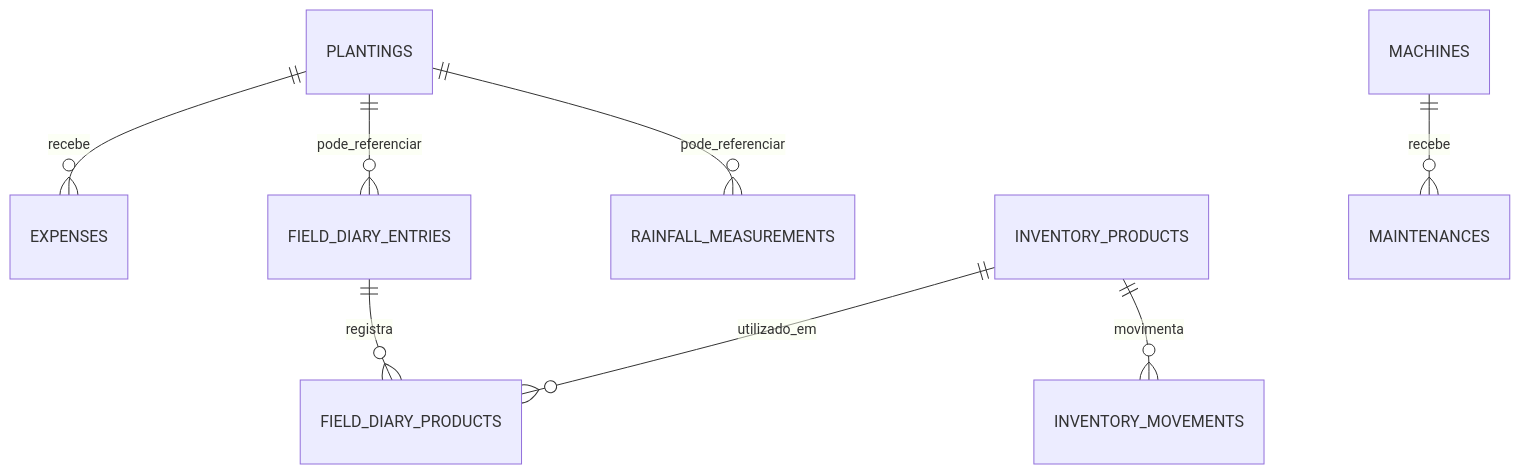
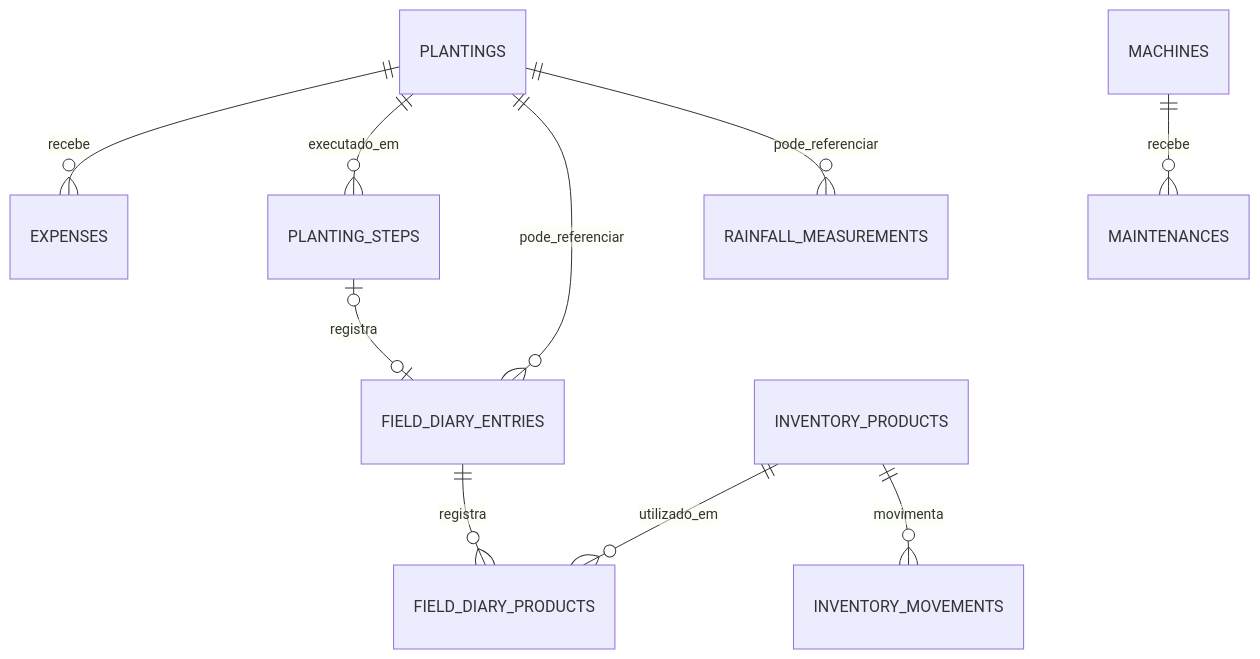
Before and after one commit to RodrigoPWalter/agrogestor: the diagram in docs/DATABASE_MODEL.md, drawn with Mermaid. The commit also changed other lines of this file and 2 other files, not shown here.

````diff
--- a/docs/DATABASE_MODEL.md
+++ b/docs/DATABASE_MODEL.md
@@ -7,10 +7,12 @@
 ```mermaid
 erDiagram
     PLANTINGS ||--o{ EXPENSES : recebe
+    PLANTINGS ||--o{ PLANTING_STEPS : executado_em
     PLANTINGS ||--o{ FIELD_DIARY_ENTRIES : pode_referenciar
+    PLANTING_STEPS o|--o| FIELD_DIARY_ENTRIES : registra
     PLANTINGS ||--o{ RAINFALL_MEASUREMENTS : pode_referenciar
     FIELD_DIARY_ENTRIES ||--o{ FIELD_DIARY_PRODUCTS : registra
     INVENTORY_PRODUCTS ||--o{ FIELD_DIARY_PRODUCTS : utilizado_em
     INVENTORY_PRODUCTS ||--o{ INVENTORY_MOVEMENTS : movimenta
     MACHINES ||--o{ MAINTENANCES : recebe
 ```
````
